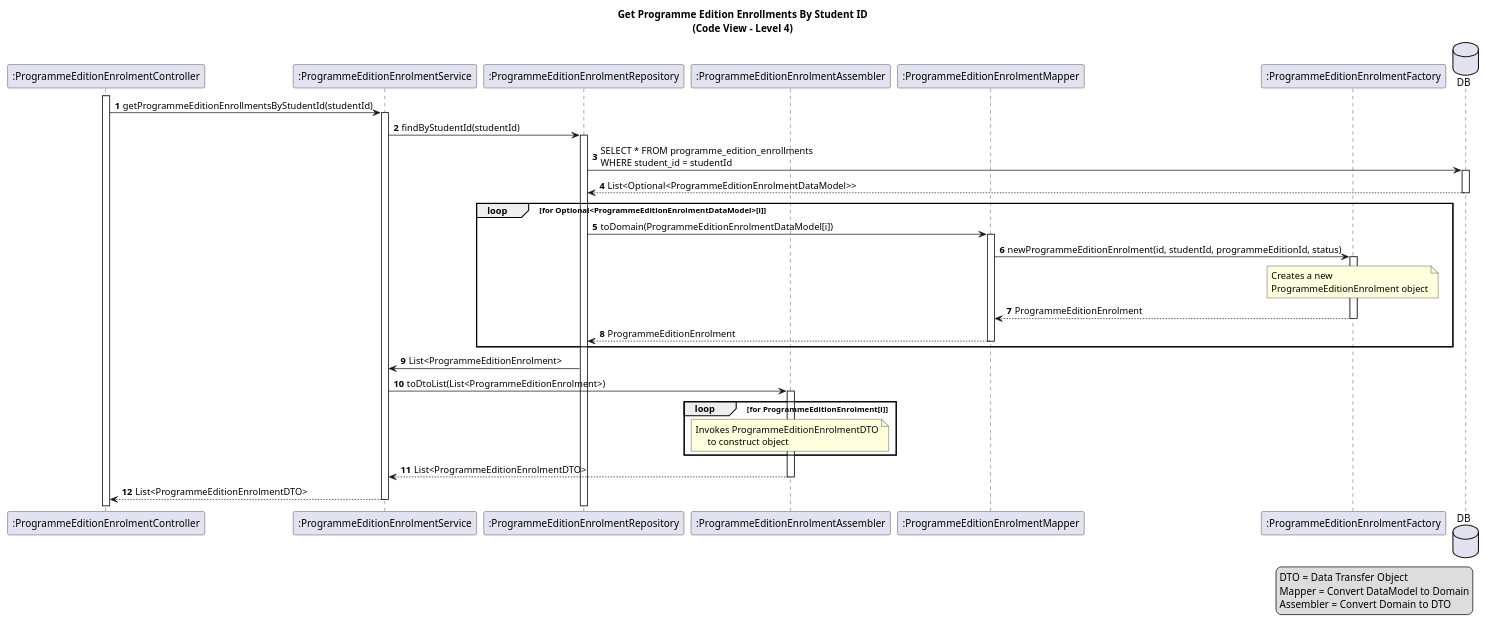
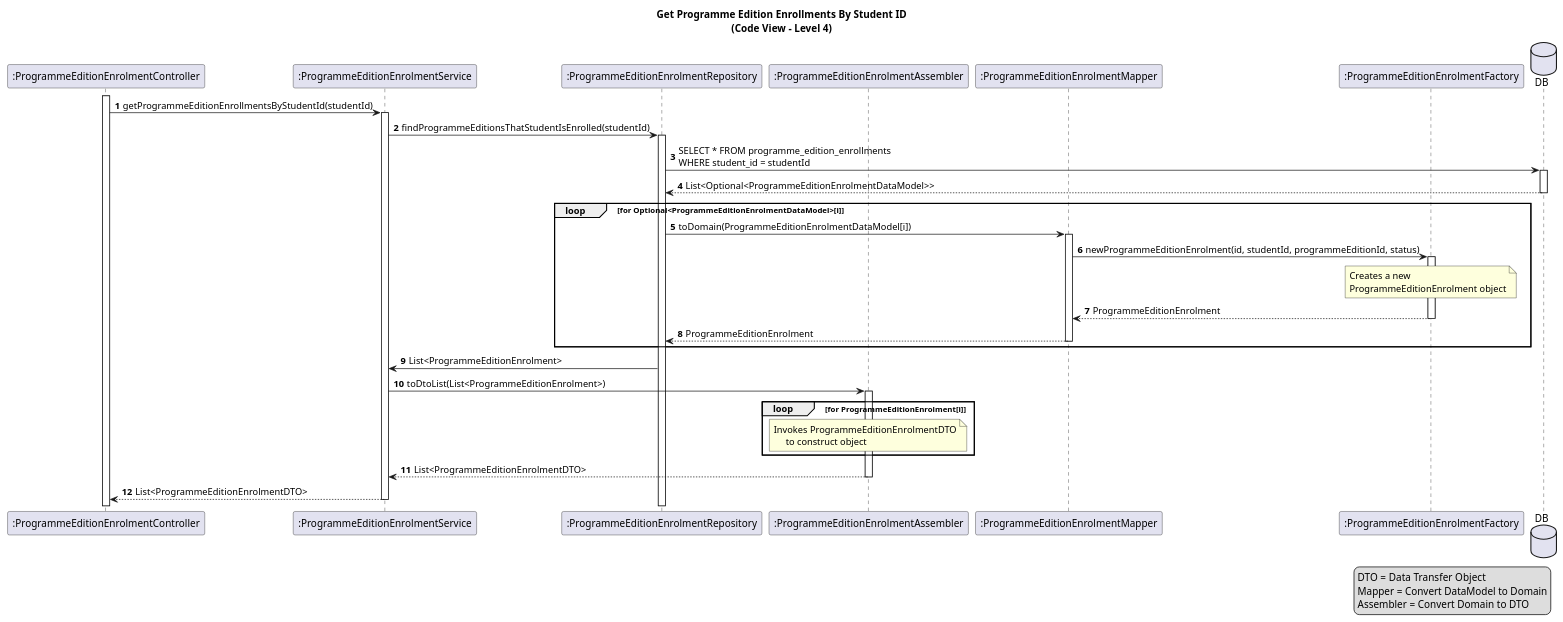
Before and after one commit to GasparISEP/DevOps-PAI: the diagram in docs/US16/sprint6_RestController/process_view/references/GetProgrammeEditionsByStudentId.puml, drawn with PlantUML.

Commit message:
docs: Updated GetProgrammeEditionsByStudentId.puml to rename the method in peeService from findByStudentId to findProgrammeEditionsThatStudentIsEnrolled for improved clarity. refs #589 #500

```diff
--- a/docs/US16/sprint6_RestController/process_view/references/GetProgrammeEditionsByStudentId.puml
+++ b/docs/US16/sprint6_RestController/process_view/references/GetProgrammeEditionsByStudentId.puml
@@ -1,49 +1,49 @@
 @startuml
 title: Get Programme Edition Enrollments By Student ID\n(Code View - Level 4)
 
 autonumber
 
 participant ":ProgrammeEditionEnrolmentController" as peeCtrl
 activate peeCtrl
 participant ":ProgrammeEditionEnrolmentService" as peeService
 participant ":ProgrammeEditionEnrolmentRepository" as peeRepo
 participant ":ProgrammeEditionEnrolmentAssembler" as peeAssembler
 participant ":ProgrammeEditionEnrolmentMapper" as peeMapper
 participant ":ProgrammeEditionEnrolmentFactory" as peeFactory
 database DB
 
 peeCtrl -> peeService ++: getProgrammeEditionEnrollmentsByStudentId(studentId)
-peeService -> peeRepo ++: findByStudentId(studentId)
+peeService -> peeRepo ++: findProgrammeEditionsThatStudentIsEnrolled(studentId)
 peeRepo -> DB ++: SELECT * FROM programme_edition_enrollments\nWHERE student_id = studentId
 DB --> peeRepo --: List<Optional<ProgrammeEditionEnrolmentDataModel>>
 
 loop for Optional<ProgrammeEditionEnrolmentDataModel>[i]
     peeRepo -> peeMapper ++: toDomain(ProgrammeEditionEnrolmentDataModel[i])
     peeMapper -> peeFactory ++: newProgrammeEditionEnrolment(id, studentId, programmeEditionId, status)
     note over of peeFactory
         Creates a new
         ProgrammeEditionEnrolment object
     end note
     peeFactory --> peeMapper --: ProgrammeEditionEnrolment
     peeMapper --> peeRepo --: ProgrammeEditionEnrolment
 end
 
 peeRepo -> peeService: List<ProgrammeEditionEnrolment>
 peeService -> peeAssembler ++: toDtoList(List<ProgrammeEditionEnrolment>)
 
 loop for ProgrammeEditionEnrolment[i]
     note over of peeAssembler
         Invokes ProgrammeEditionEnrolmentDTO
              to construct object
     end note
 end
 peeAssembler --> peeService --: List<ProgrammeEditionEnrolmentDTO>
 peeService --> peeCtrl --: List<ProgrammeEditionEnrolmentDTO>
 
 legend right
   DTO = Data Transfer Object
   Mapper = Convert DataModel to Domain
   Assembler = Convert Domain to DTO
 end legend
 
 @enduml 
```
